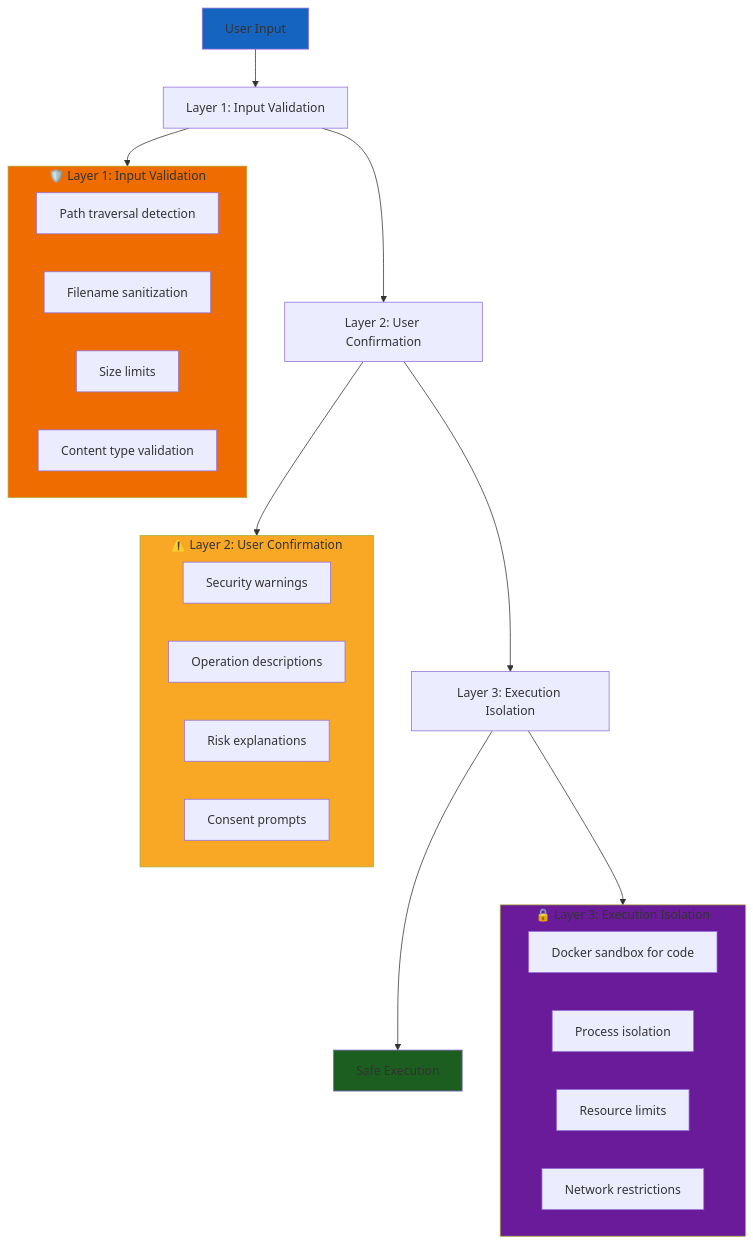
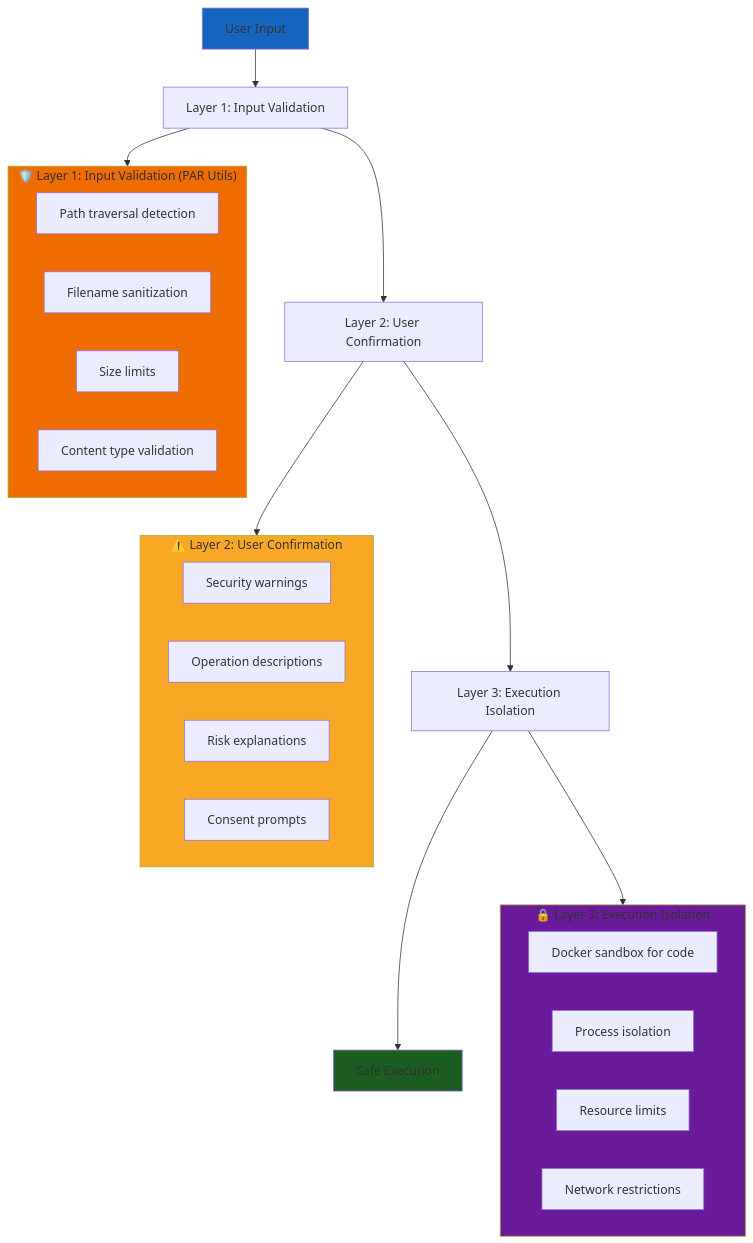
Before and after one commit to paulrobello/par_gpt: the ninth of 14 diagrams in ARCHITECTURE.md, drawn with Mermaid. The commit also changed other lines of this file and 46 other files, not shown here.

````diff
--- a/ARCHITECTURE.md
+++ b/ARCHITECTURE.md
@@ -416,38 +469,38 @@
 ```mermaid
 flowchart TD
     A[User Input] --> B[Layer 1: Input Validation]
     B --> C[Layer 2: User Confirmation] 
     C --> D[Layer 3: Execution Isolation]
     D --> E[Safe Execution]
     
-    subgraph Layer1 ["🛡️ Layer 1: Input Validation"]
+    subgraph Layer1 ["🛡️ Layer 1: Input Validation (PAR Utils)"]
         B1[Path traversal detection]
         B2[Filename sanitization]
         B3[Size limits]
         B4[Content type validation]
     end
     
     subgraph Layer2 ["⚠️ Layer 2: User Confirmation"]
         C1[Security warnings]
         C2[Operation descriptions]
         C3[Risk explanations]
         C4[Consent prompts]
     end
     
     subgraph Layer3 ["🔒 Layer 3: Execution Isolation"]
         D1[Docker sandbox for code]
         D2[Process isolation]
         D3[Resource limits]
         D4[Network restrictions]
     end
     
     B --> Layer1
     C --> Layer2
     D --> Layer3
     
     style A fill:#1565c0
     style E fill:#1b5e20
     style Layer1 fill:#ef6c00
     style Layer2 fill:#f9a825
     style Layer3 fill:#6a1b9a
 ```
````
